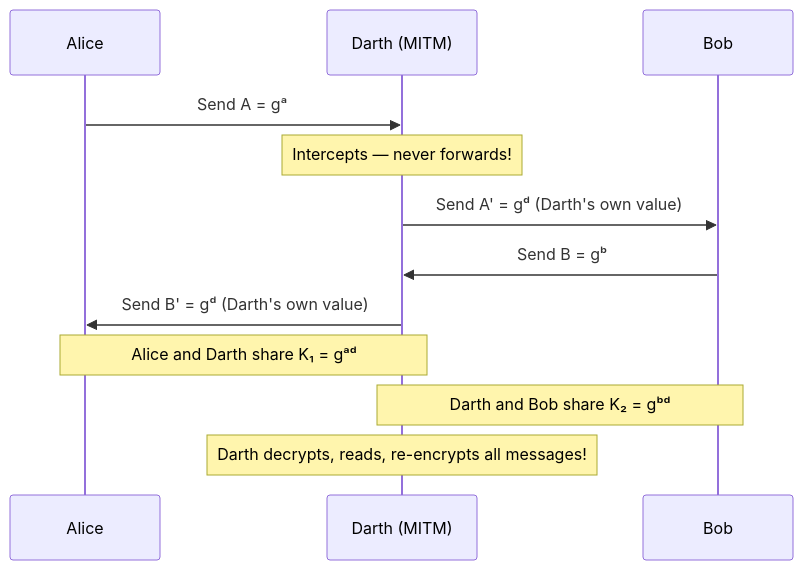
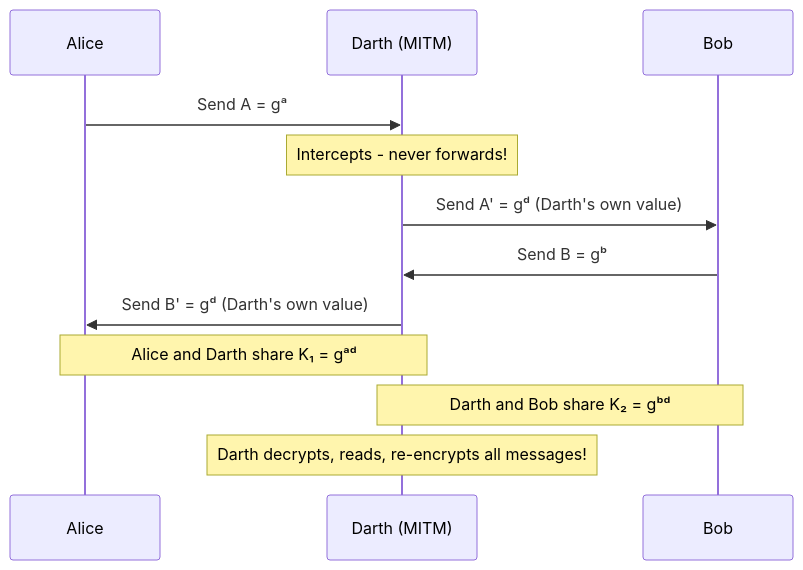
Before and after one commit to sabrinahaniff/CIS4520-Notes: the second of 3 diagrams in docs/diffie-hellman.md, drawn with Mermaid. The commit also changed other lines of this file, not shown here.

````diff
--- a/docs/diffie-hellman.md
+++ b/docs/diffie-hellman.md
@@ -180,16 +192,16 @@
 ```mermaid
 sequenceDiagram
     participant A as Alice
     participant D as Darth (MITM)
     participant B as Bob
 
     A->>D: Send A = gᵃ
-    Note over D: Intercepts — never forwards!
+    Note over D: Intercepts - never forwards!
     D->>B: Send A' = gᵈ (Darth's own value)
     B->>D: Send B = gᵇ
     D->>A: Send B' = gᵈ (Darth's own value)
 
     Note over A,D: Alice and Darth share K₁ = gᵃᵈ
     Note over D,B: Darth and Bob share K₂ = gᵇᵈ
     Note over D: Darth decrypts, reads, re-encrypts all messages!
 ```
````
